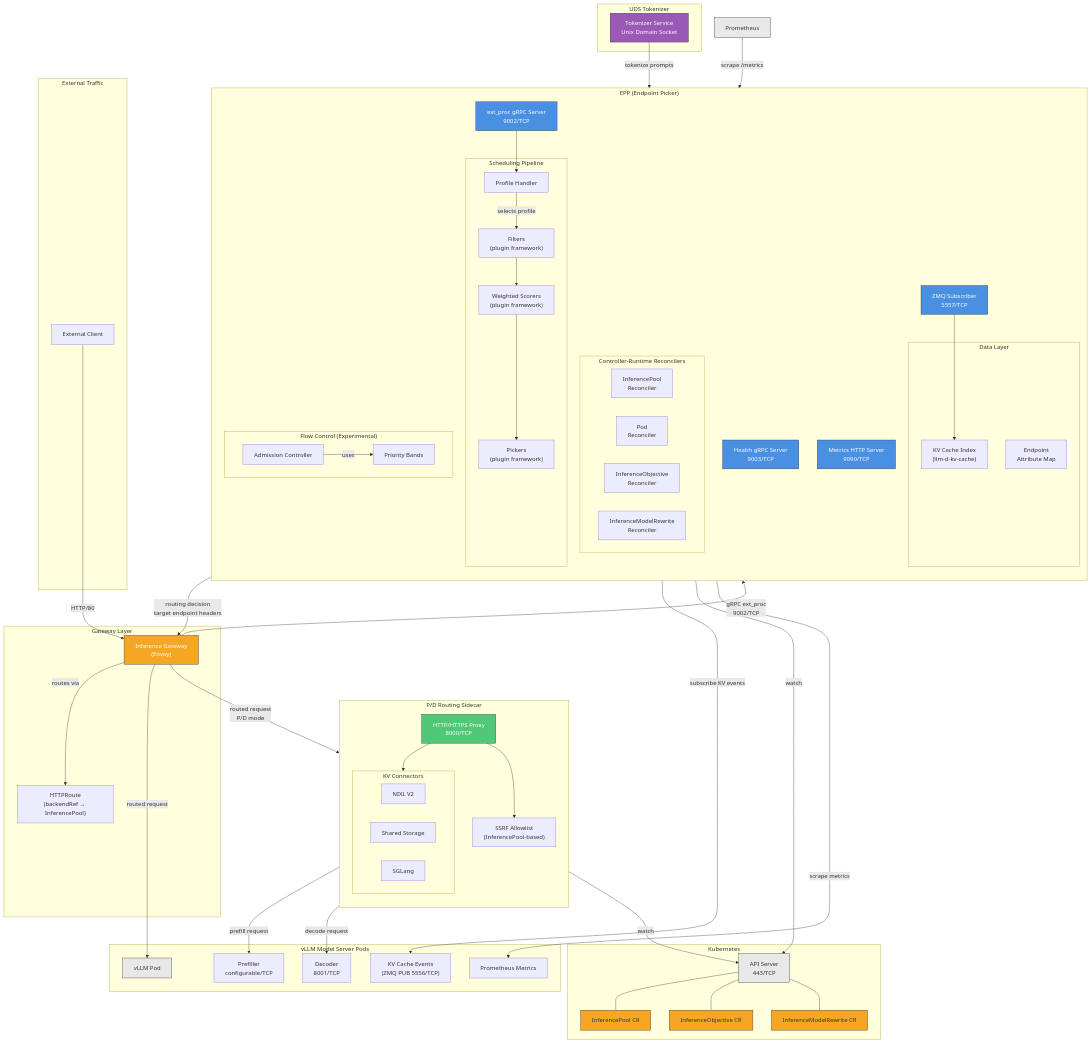
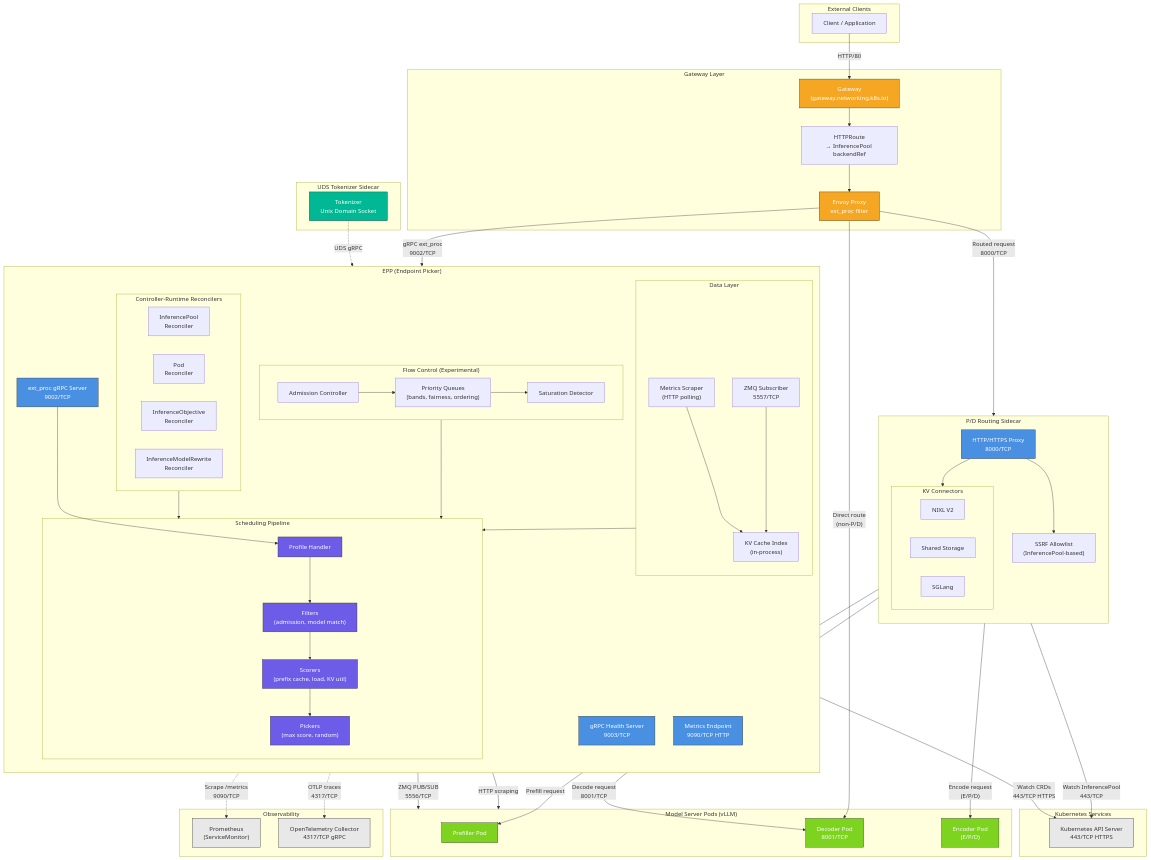
The diagram in architecture/rhoai.next/diagrams/llm-d-inference-scheduler-component.mmd (rhuss/architecture-context), drawn with Mermaid before and after one commit. The commit also changed 1112 other files, not shown here.

First line of the commit message:
update rhoai.next architecture: regenerated docs, diagrams, and arch-analyzer JSON

```diff
--- a/architecture/rhoai.next/diagrams/llm-d-inference-scheduler-component.mmd
+++ b/architecture/rhoai.next/diagrams/llm-d-inference-scheduler-component.mmd
@@ -1,119 +1,128 @@
 graph TB
-    subgraph External["External Traffic"]
-        Client[External Client]
+    subgraph External["External Clients"]
+        Client[Client / Application]
     end
 
     subgraph GatewayLayer["Gateway Layer"]
-        Gateway["Inference Gateway<br/>(Envoy)"]
-        HTTPRoute["HTTPRoute<br/>(backendRef → InferencePool)"]
-        Gateway -->|routes via| HTTPRoute
+        Gateway["Gateway<br/>(gateway.networking.k8s.io)"]
+        HTTPRoute["HTTPRoute<br/>→ InferencePool backendRef"]
+        Envoy["Envoy Proxy<br/>ext_proc filter"]
+        Gateway --> HTTPRoute
+        HTTPRoute --> Envoy
     end
 
     subgraph EPPComponent["EPP (Endpoint Picker)"]
         direction TB
         ExtProc["ext_proc gRPC Server<br/>9002/TCP"]
-        HealthGRPC["Health gRPC Server<br/>9003/TCP"]
-        MetricsHTTP["Metrics HTTP Server<br/>9090/TCP"]
-        ZMQSub["ZMQ Subscriber<br/>5557/TCP"]
+        HealthGRPC["gRPC Health Server<br/>9003/TCP"]
+        MetricsHTTP["Metrics Endpoint<br/>9090/TCP HTTP"]
 
         subgraph SchedulingPipeline["Scheduling Pipeline"]
-            Filters["Filters<br/>(plugin framework)"]
-            Scorers["Weighted Scorers<br/>(plugin framework)"]
-            Pickers["Pickers<br/>(plugin framework)"]
             ProfileHandler["Profile Handler"]
-            Filters --> Scorers --> Pickers
-            ProfileHandler -->|selects profile| Filters
+            Filters["Filters<br/>(admission, model match)"]
+            Scorers["Scorers<br/>(prefix cache, load, KV util)"]
+            Pickers["Pickers<br/>(max score, random)"]
+            ProfileHandler --> Filters --> Scorers --> Pickers
         end
 
         subgraph Controllers["Controller-Runtime Reconcilers"]
             PoolCtrl["InferencePool<br/>Reconciler"]
             PodCtrl["Pod<br/>Reconciler"]
             ObjCtrl["InferenceObjective<br/>Reconciler"]
             RewriteCtrl["InferenceModelRewrite<br/>Reconciler"]
         end
 
         subgraph DataLayer["Data Layer"]
-            KVCacheIndex["KV Cache Index<br/>(llm-d-kv-cache)"]
-            EndpointStore["Endpoint<br/>Attribute Map"]
+            MetricsScraper["Metrics Scraper<br/>(HTTP polling)"]
+            ZMQSubscriber["ZMQ Subscriber<br/>5557/TCP"]
+            KVCacheIndex["KV Cache Index<br/>(in-process)"]
+            MetricsScraper --> KVCacheIndex
+            ZMQSubscriber --> KVCacheIndex
         end
 
         subgraph FlowControl["Flow Control (Experimental)"]
-            Admission["Admission Controller"]
-            PriorityBands["Priority Bands"]
-            Admission -->|uses| PriorityBands
+            AdmissionCtrl["Admission Controller"]
+            PriorityQueues["Priority Queues<br/>(bands, fairness, ordering)"]
+            SaturationDetector["Saturation Detector"]
+            AdmissionCtrl --> PriorityQueues
+            PriorityQueues --> SaturationDetector
         end
 
         ExtProc --> ProfileHandler
-        ZMQSub --> KVCacheIndex
+        Controllers --> SchedulingPipeline
+        DataLayer --> SchedulingPipeline
+        FlowControl --> SchedulingPipeline
     end
 
     subgraph SidecarComponent["P/D Routing Sidecar"]
         direction TB
         SidecarProxy["HTTP/HTTPS Proxy<br/>8000/TCP"]
+        SSRFAllowlist["SSRF Allowlist<br/>(InferencePool-based)"]
         subgraph Connectors["KV Connectors"]
             NIXL["NIXL V2"]
             SharedStorage["Shared Storage"]
             SGLang["SGLang"]
         end
-        SSRFAllowlist["SSRF Allowlist<br/>(InferencePool-based)"]
+        SidecarProxy --> SSRFAllowlist
         SidecarProxy --> Connectors
-        SidecarProxy --> SSRFAllowlist
     end
 
-    subgraph TokenizerSidecar["UDS Tokenizer"]
-        Tokenizer["Tokenizer Service<br/>Unix Domain Socket"]
+    subgraph ModelServers["Model Server Pods (vLLM)"]
+        Prefiller["Prefiller Pod"]
+        Decoder["Decoder Pod<br/>8001/TCP"]
+        Encoder["Encoder Pod<br/>(E/P/D)"]
     end
 
-    subgraph ModelServers["vLLM Model Server Pods"]
-        vLLMPod["vLLM Pod"]
-        vLLMMetrics["Prometheus Metrics"]
-        vLLMKVEvents["KV Cache Events<br/>(ZMQ PUB 5556/TCP)"]
-        vLLMDecoder["Decoder<br/>8001/TCP"]
-        vLLMPrefiller["Prefiller<br/>configurable/TCP"]
+    subgraph UDSTokenizerSidecar["UDS Tokenizer Sidecar"]
+        Tokenizer["Tokenizer<br/>Unix Domain Socket"]
     end
 
-    subgraph K8sServices["Kubernetes"]
-        K8sAPI["API Server<br/>443/TCP"]
-        InferencePoolCR["InferencePool CR"]
-        InferenceObjCR["InferenceObjective CR"]
-        ModelRewriteCR["InferenceModelRewrite CR"]
+    subgraph K8sServices["Kubernetes Services"]
+        K8sAPI["Kubernetes API Server<br/>443/TCP HTTPS"]
+    end
+
+    subgraph Observability["Observability"]
+        Prometheus["Prometheus<br/>(ServiceMonitor)"]
+        OTelCollector["OpenTelemetry Collector<br/>4317/TCP gRPC"]
     end
 
     %% External flows
-    Client -->|HTTP/80| Gateway
-    Gateway -->|gRPC ext_proc<br/>9002/TCP| ExtProc
-    ExtProc -->|"routing decision<br/>target endpoint headers"| Gateway
-    Gateway -->|routed request| vLLMPod
-    Gateway -->|"routed request<br/>P/D mode"| SidecarProxy
+    Client -->|"HTTP/80"| Gateway
+    Envoy -->|"gRPC ext_proc<br/>9002/TCP"| ExtProc
+    Envoy -->|"Routed request<br/>8000/TCP"| SidecarProxy
+    Envoy -->|"Direct route<br/>(non-P/D)"| Decoder
 
-    %% EPP to dependencies
-    Controllers -->|watch| K8sAPI
-    K8sAPI --- InferencePoolCR
-    K8sAPI --- InferenceObjCR
-    K8sAPI --- ModelRewriteCR
-    EPPComponent -->|scrape metrics| vLLMMetrics
-    ZMQSub -->|subscribe KV events| vLLMKVEvents
-    Tokenizer -->|tokenize prompts| ExtProc
+    %% EPP dependencies
+    Controllers -->|"Watch CRDs<br/>443/TCP HTTPS"| K8sAPI
+    MetricsScraper -->|"HTTP scraping"| ModelServers
+    ZMQSubscriber -->|"ZMQ PUB/SUB<br/>5556/TCP"| ModelServers
+    Tokenizer -.->|"UDS gRPC"| ExtProc
 
     %% Sidecar flows
-    SidecarProxy -->|prefill request| vLLMPrefiller
-    SidecarProxy -->|decode request| vLLMDecoder
-    SSRFAllowlist -->|watch| K8sAPI
+    SidecarProxy -->|"Prefill request"| Prefiller
+    SidecarProxy -->|"Decode request<br/>8001/TCP"| Decoder
+    SidecarProxy -->|"Encode request<br/>(E/P/D)"| Encoder
+    SSRFAllowlist -->|"Watch InferencePool<br/>443/TCP"| K8sAPI
 
-    %% Monitoring
-    Prometheus["Prometheus"] -->|scrape /metrics| MetricsHTTP
+    %% Observability
+    MetricsHTTP -.->|"Scrape /metrics<br/>9090/TCP"| Prometheus
+    ExtProc -.->|"OTLP traces<br/>4317/TCP"| OTelCollector
 
     %% Styling
     style ExtProc fill:#4a90e2,stroke:#333,color:#fff
     style HealthGRPC fill:#4a90e2,stroke:#333,color:#fff
     style MetricsHTTP fill:#4a90e2,stroke:#333,color:#fff
-    style ZMQSub fill:#4a90e2,stroke:#333,color:#fff
-    style SidecarProxy fill:#50c878,stroke:#333,color:#fff
-    style Tokenizer fill:#9b59b6,stroke:#333,color:#fff
+    style SidecarProxy fill:#4a90e2,stroke:#333,color:#fff
+    style ProfileHandler fill:#6c5ce7,stroke:#333,color:#fff
+    style Filters fill:#6c5ce7,stroke:#333,color:#fff
+    style Scorers fill:#6c5ce7,stroke:#333,color:#fff
+    style Pickers fill:#6c5ce7,stroke:#333,color:#fff
+    style Envoy fill:#f5a623,stroke:#333,color:#fff
     style Gateway fill:#f5a623,stroke:#333,color:#fff
     style K8sAPI fill:#e8e8e8,stroke:#333
-    style InferencePoolCR fill:#f5a623,stroke:#333
-    style InferenceObjCR fill:#f5a623,stroke:#333
-    style ModelRewriteCR fill:#f5a623,stroke:#333
-    style vLLMPod fill:#e8e8e8,stroke:#333
     style Prometheus fill:#e8e8e8,stroke:#333
+    style OTelCollector fill:#e8e8e8,stroke:#333
+    style Prefiller fill:#7ed321,stroke:#333,color:#fff
+    style Decoder fill:#7ed321,stroke:#333,color:#fff
+    style Encoder fill:#7ed321,stroke:#333,color:#fff
+    style Tokenizer fill:#00b894,stroke:#333,color:#fff
```
